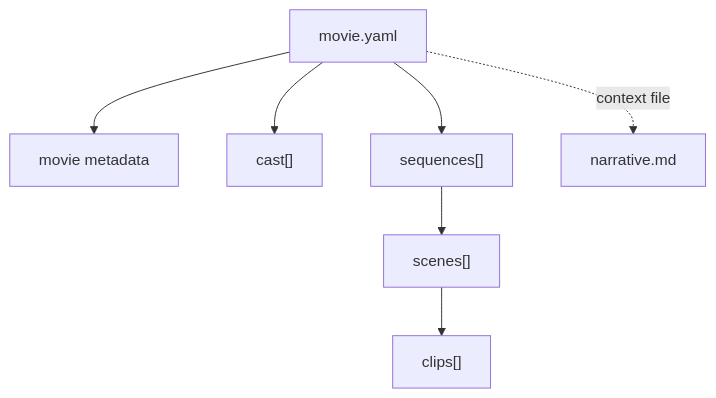
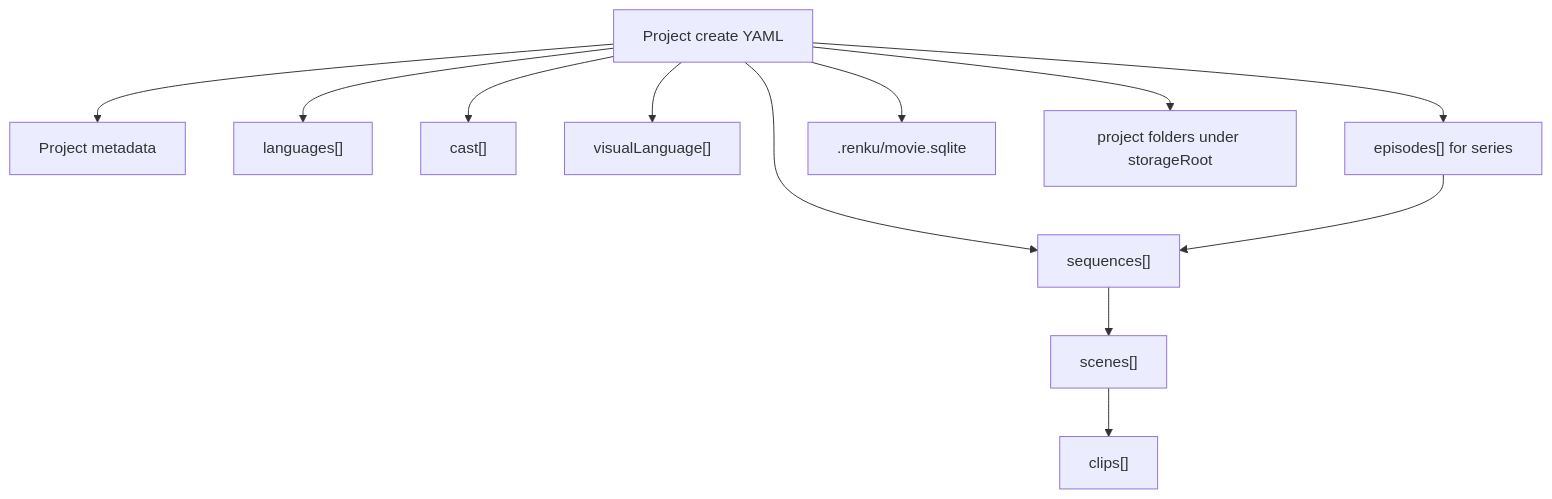
Before and after one commit to keremk/renku: the diagram in plans/new-app/arch/movie-yaml-structure.md, drawn with Mermaid. The commit also changed other lines of this file and 1 other file, not shown here.

Commit message:
fix: change the movie YAML structure

````diff
--- a/plans/new-app/arch/movie-yaml-structure.md
+++ b/plans/new-app/arch/movie-yaml-structure.md
@@ -86,17 +211,26 @@
 ```mermaid
 flowchart TD
-  Movie["movie.yaml"]
-  Metadata["movie metadata"]
+  CreateYaml["Project create YAML"]
+  Project["Project metadata"]
+  Languages["languages[]"]
   Cast["cast[]"]
+  VisualLanguage["visualLanguage[]"]
+  Episodes["episodes[] for series"]
   Sequences["sequences[]"]
   Scenes["scenes[]"]
   Clips["clips[]"]
-  Narrative["narrative.md"]
+  SQLite[".renku/movie.sqlite"]
+  Folders["project folders under storageRoot"]
 
-  Movie --> Metadata
-  Movie --> Cast
-  Movie --> Sequences
+  CreateYaml --> Project
+  CreateYaml --> Languages
+  CreateYaml --> Cast
+  CreateYaml --> VisualLanguage
+  CreateYaml --> Episodes
+  CreateYaml --> Sequences
+  Episodes --> Sequences
   Sequences --> Scenes
   Scenes --> Clips
-  Movie -. "context file" .-> Narrative
+  CreateYaml --> SQLite
+  CreateYaml --> Folders
 ```
````
